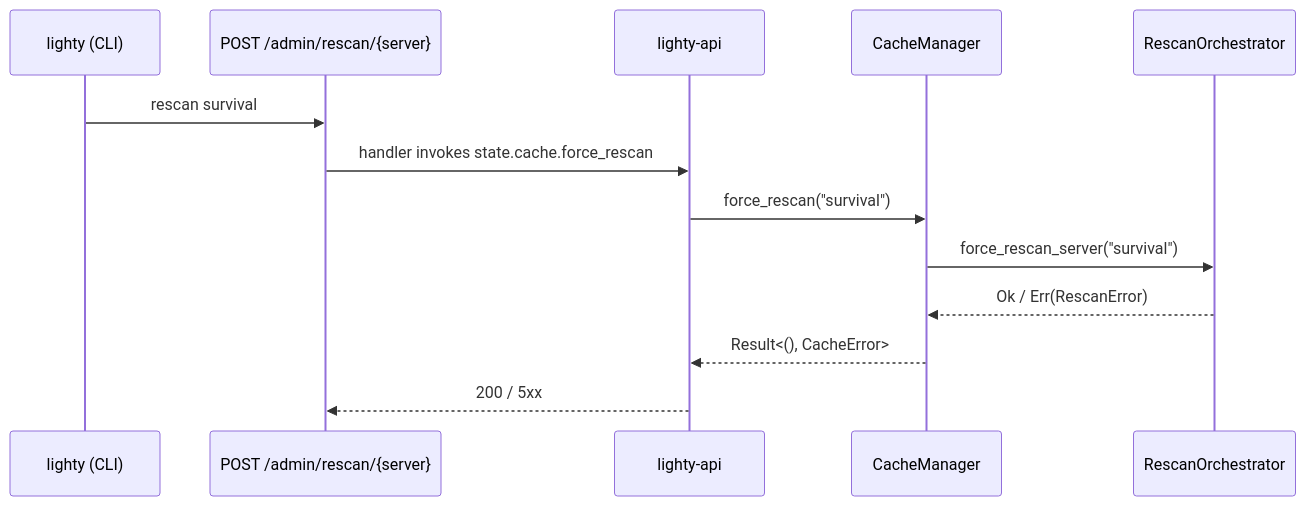
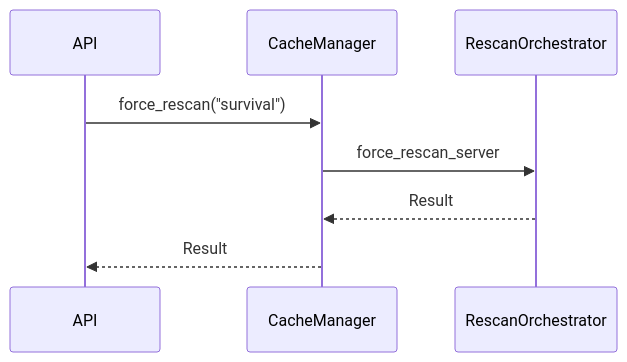
One commit to Lighty-Launcher/LightyUpdater changed the second of 4 diagrams in crates/cache/docs/flows.md. Above: the diagram before and after it, drawn with Mermaid. The commit also changed other lines of this file and 22 other files, not shown here.

First line of the commit message:
Simplify per-crate docs + harden mermaid for GitBook

````diff
--- a/crates/cache/docs/flows.md
+++ b/crates/cache/docs/flows.md
@@ -42,16 +31,11 @@
 ```mermaid
 sequenceDiagram
-    participant CLI as lighty (CLI)
-    participant HTTP as POST /admin/rescan/{server}
-    participant API as lighty-api
+    participant API
     participant CM as CacheManager
     participant Orch as RescanOrchestrator
 
-    CLI->>HTTP: rescan survival
-    HTTP->>API: handler invokes state.cache.force_rescan
     API->>CM: force_rescan("survival")
-    CM->>Orch: force_rescan_server("survival")
-    Orch-->>CM: Ok / Err(RescanError)
-    CM-->>API: Result<(), CacheError>
-    API-->>HTTP: 200 / 5xx
+    CM->>Orch: force_rescan_server
+    Orch-->>CM: Result
+    CM-->>API: Result
 ```
````
